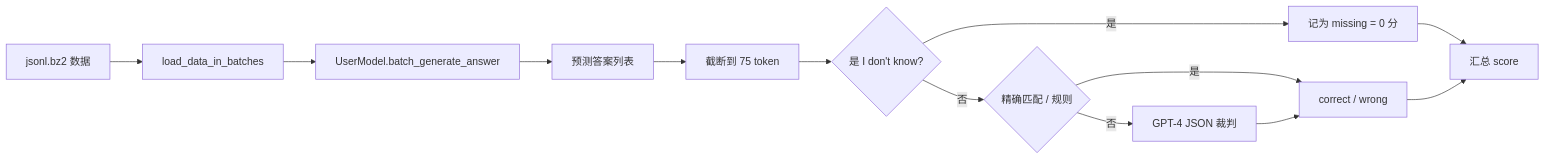
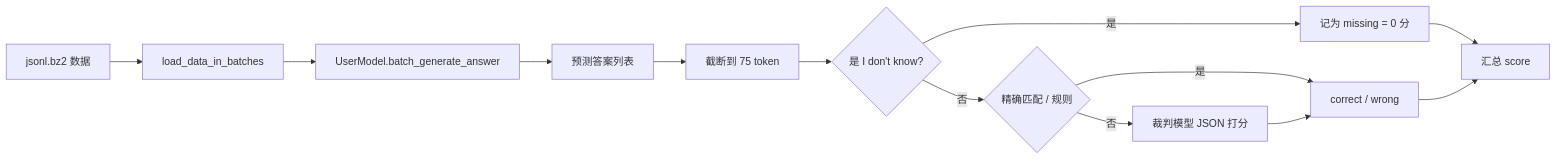
Before and after one commit to rjliulei/CRAG: the diagram in docs/工作记录/04-项目代码解析.md, drawn with Mermaid. The commit also changed other lines of this file and 3 other files, not shown here.

First line of the commit message:
Document repo layout and add an end-to-end data-flow walkthrough.

````diff
--- a/docs/工作记录/04-项目代码解析.md
+++ b/docs/工作记录/04-项目代码解析.md
@@ -43,15 +43,15 @@
 ```mermaid
 flowchart LR
   A[jsonl.bz2 数据] --> B[load_data_in_batches]
   B --> C[UserModel.batch_generate_answer]
   C --> D[预测答案列表]
   D --> E[截断到 75 token]
   E --> F{是 I don't know?}
   F -->|是| G[记为 missing = 0 分]
   F -->|否| H{精确匹配 / 规则}
-  H -->|否| I[GPT-4 JSON 裁判]
+  H -->|否| I[裁判模型 JSON 打分]
   H -->|是| J[correct / wrong]
   I --> J
   G --> K[汇总 score]
   J --> K
 ```
````
